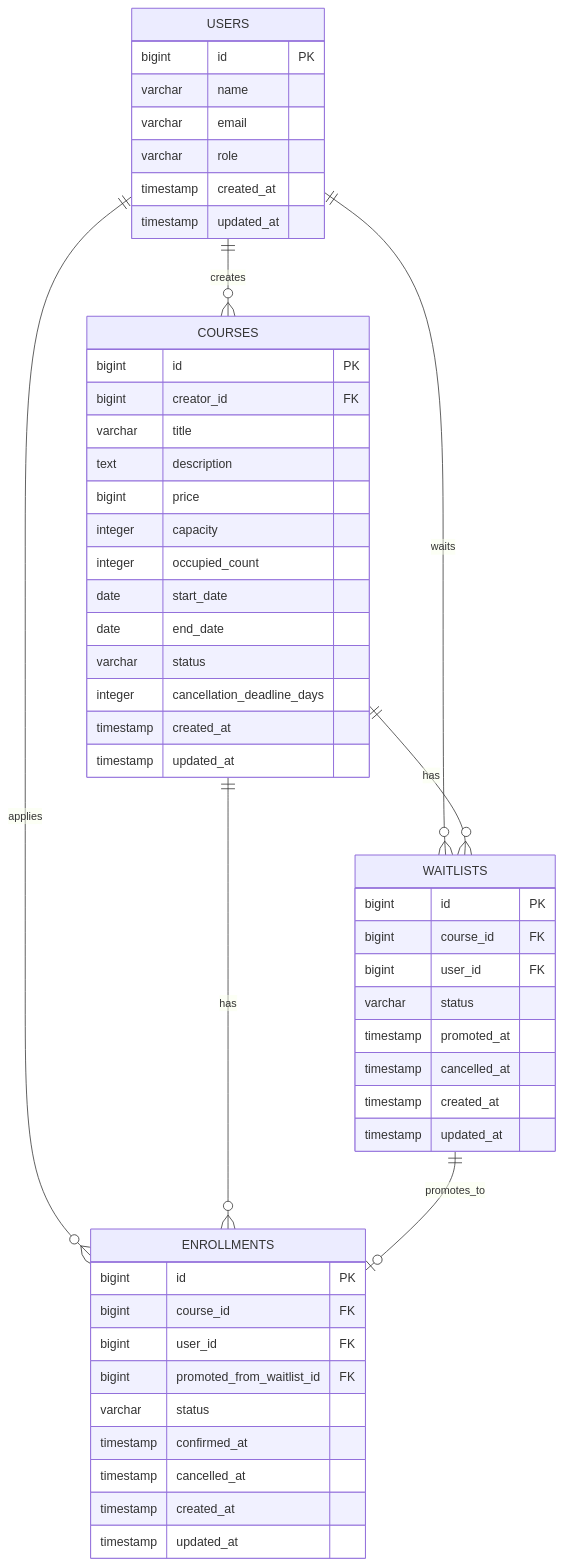
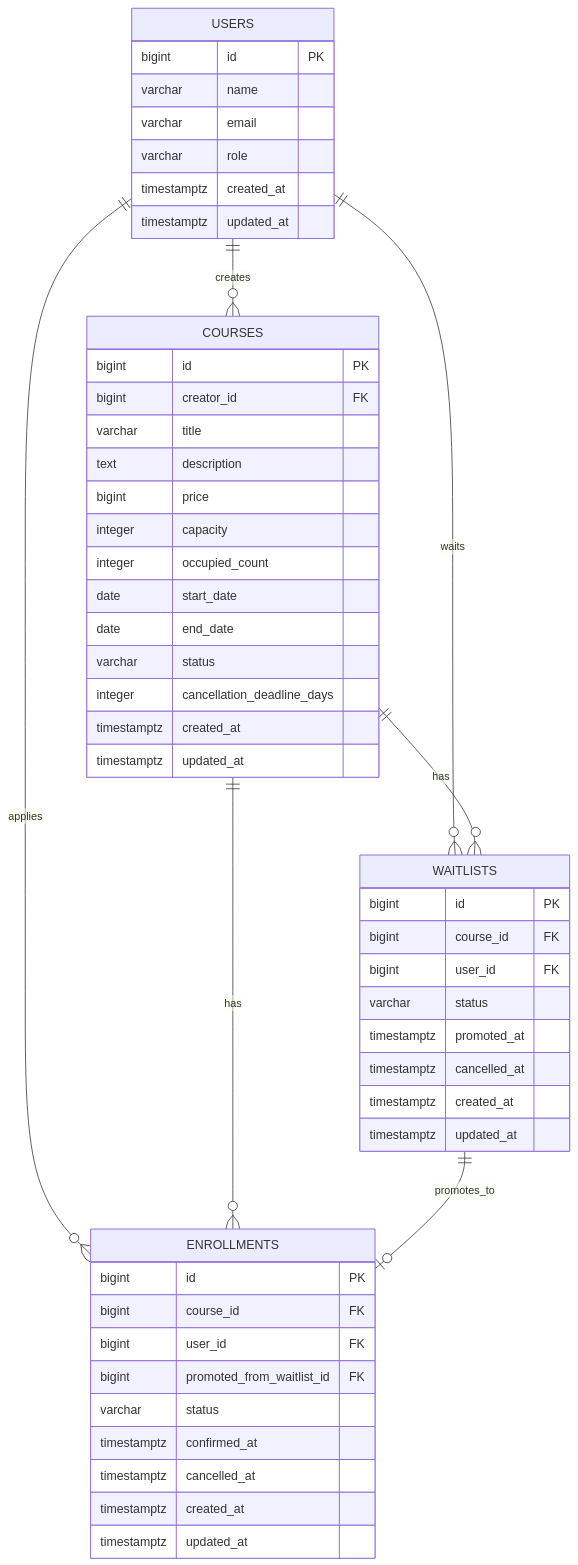
One commit to mamc325/liveclass-be-assignment changed the diagram in docs/ERD.md. Above: the diagram before and after it, drawn with Mermaid. The commit also changed other lines of this file and 1 other file, not shown here.

````diff
--- a/docs/ERD.md
+++ b/docs/ERD.md
@@ -169,57 +169,57 @@
 ```mermaid
 erDiagram
     USERS ||--o{ COURSES : creates
     USERS ||--o{ ENROLLMENTS : applies
     USERS ||--o{ WAITLISTS : waits
     COURSES ||--o{ ENROLLMENTS : has
     COURSES ||--o{ WAITLISTS : has
     WAITLISTS ||--o| ENROLLMENTS : promotes_to
 
     USERS {
         bigint id PK
         varchar name
         varchar email
         varchar role
-        timestamp created_at
-        timestamp updated_at
+        timestamptz created_at
+        timestamptz updated_at
     }
 
     COURSES {
         bigint id PK
         bigint creator_id FK
         varchar title
         text description
         bigint price
         integer capacity
         integer occupied_count
         date start_date
         date end_date
         varchar status
         integer cancellation_deadline_days
-        timestamp created_at
-        timestamp updated_at
+        timestamptz created_at
+        timestamptz updated_at
     }
 
     ENROLLMENTS {
         bigint id PK
         bigint course_id FK
         bigint user_id FK
         bigint promoted_from_waitlist_id FK
         varchar status
-        timestamp confirmed_at
-        timestamp cancelled_at
-        timestamp created_at
-        timestamp updated_at
+        timestamptz confirmed_at
+        timestamptz cancelled_at
+        timestamptz created_at
+        timestamptz updated_at
     }
 
     WAITLISTS {
         bigint id PK
         bigint course_id FK
         bigint user_id FK
         varchar status
-        timestamp promoted_at
-        timestamp cancelled_at
-        timestamp created_at
-        timestamp updated_at
+        timestamptz promoted_at
+        timestamptz cancelled_at
+        timestamptz created_at
+        timestamptz updated_at
     }
 ```
````
